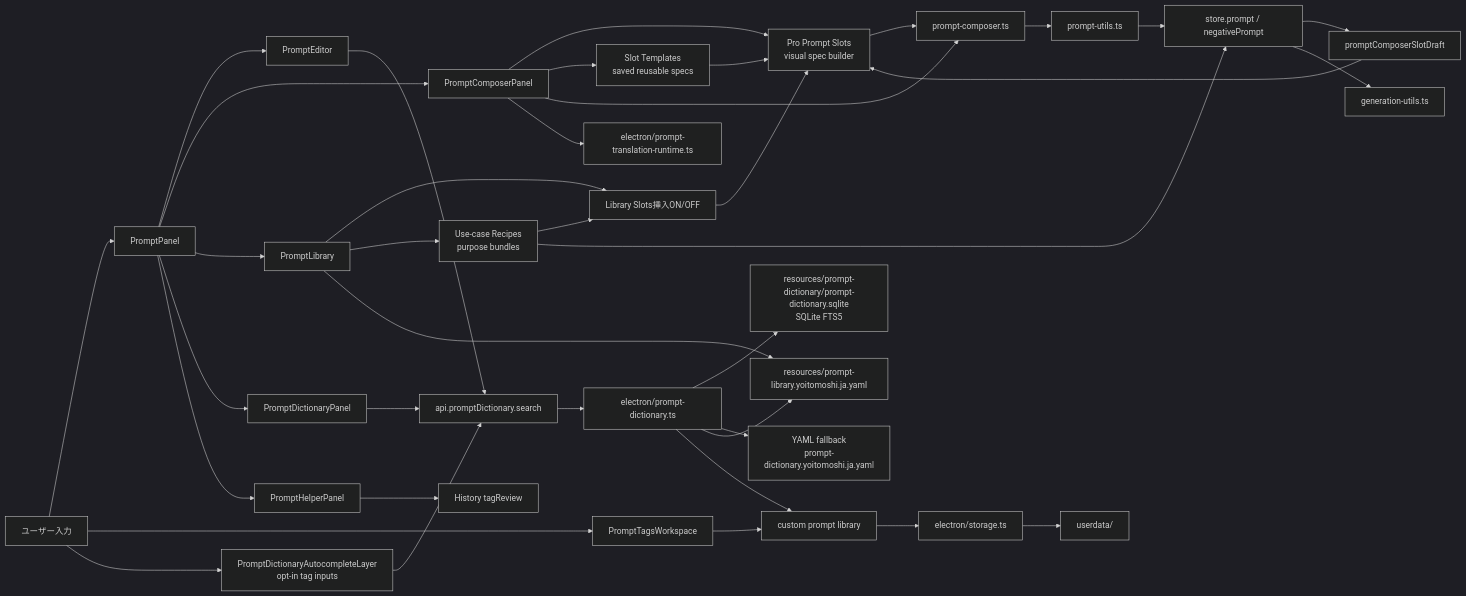
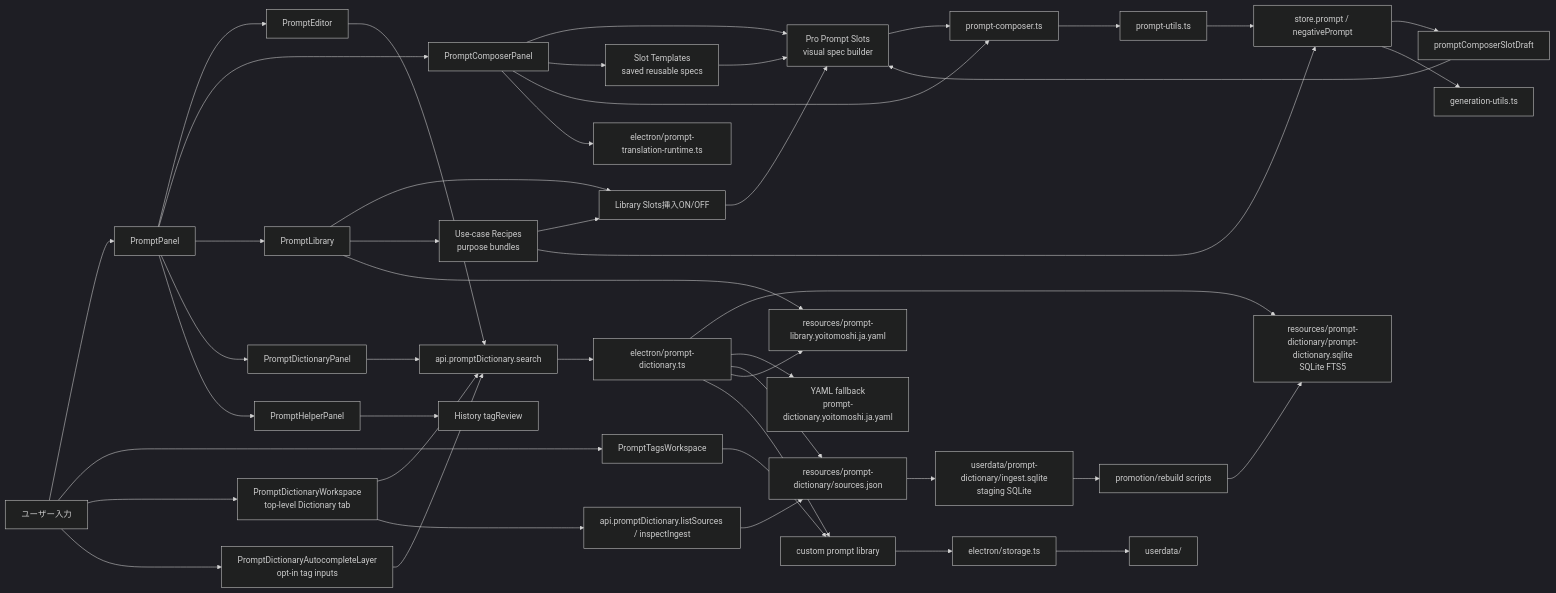
One commit to imonoonoko/Yoitomoshi-Art-Generator changed the diagram in docs/maps/02-prompt-management-flow.md. Above: the diagram before and after it, drawn with Mermaid (dark theme). The commit also changed other lines of this file and 107 other files, not shown here.

Commit message:
Update prompt dictionary workflow and docs

````diff
--- a/docs/maps/02-prompt-management-flow.md
+++ b/docs/maps/02-prompt-management-flow.md
@@ -7,40 +7,48 @@
 ```mermaid
 flowchart LR
     User["ユーザー入力"] --> PromptPanel["PromptPanel"]
     User --> TagsWorkspace["PromptTagsWorkspace"]
     PromptPanel --> Editor["PromptEditor"]
     PromptPanel --> Composer["PromptComposerPanel"]
     PromptPanel --> Library["PromptLibrary"]
     PromptPanel --> Dictionary["PromptDictionaryPanel"]
     PromptPanel --> Helper["PromptHelperPanel"]
+    User --> DictionaryWorkspace["PromptDictionaryWorkspace<br/>top-level Dictionary tab"]
     User --> GlobalAutocomplete["PromptDictionaryAutocompleteLayer<br/>opt-in tag inputs"]
     TagsWorkspace --> CustomLibrary["custom prompt library"]
     Composer --> Slots["Pro Prompt Slots<br/>visual spec builder"]
     Composer --> SlotTemplates["Slot Templates<br/>saved reusable specs"]
     Composer --> Parser["prompt-composer.ts"]
     Slots --> Parser
     SlotTemplates --> Slots
     Library --> SlotInsert["Library Slots挿入ON/OFF"]
     Library --> LibraryRecipes["Use-case Recipes<br/>purpose bundles"]
     LibraryRecipes --> SlotInsert
     LibraryRecipes --> Store
     SlotInsert --> Slots
     Store --> SlotDraft["promptComposerSlotDraft"]
     SlotDraft --> Slots
     Composer --> TranslateRuntime["electron/prompt-translation-runtime.ts"]
     Parser --> PromptUtils["prompt-utils.ts"]
     Helper --> HistoryReview["History tagReview"]
     Library --> BuiltInYaml["resources/prompt-library.yoitomoshi.ja.yaml"]
     Dictionary --> DictionaryApi["api.promptDictionary.search"]
+    DictionaryWorkspace --> DictionaryApi
+    DictionaryWorkspace --> SourceStatus["api.promptDictionary.listSources / inspectIngest"]
     Editor --> DictionaryApi
     GlobalAutocomplete --> DictionaryApi
     DictionaryApi --> DictionaryService["electron/prompt-dictionary.ts"]
     DictionaryService --> DictionaryDb["resources/prompt-dictionary/prompt-dictionary.sqlite<br/>SQLite FTS5"]
     DictionaryService --> DictionaryYaml["YAML fallback<br/>prompt-dictionary.yoitomoshi.ja.yaml"]
+    SourceStatus --> SourceRegistry["resources/prompt-dictionary/sources.json"]
+    DictionaryService --> SourceRegistry
+    SourceRegistry --> IngestDb["userdata/prompt-dictionary/ingest.sqlite<br/>staging SQLite"]
+    IngestDb --> DictionaryBuild["promotion/rebuild scripts"]
+    DictionaryBuild --> DictionaryDb
     DictionaryService --> BuiltInYaml
     DictionaryService --> CustomLibrary
     CustomLibrary --> Storage["electron/storage.ts"]
     Storage --> Userdata["userdata/"]
     PromptUtils --> Store["store.prompt / negativePrompt"]
     Store --> Generation["generation-utils.ts"]
 ```
````
